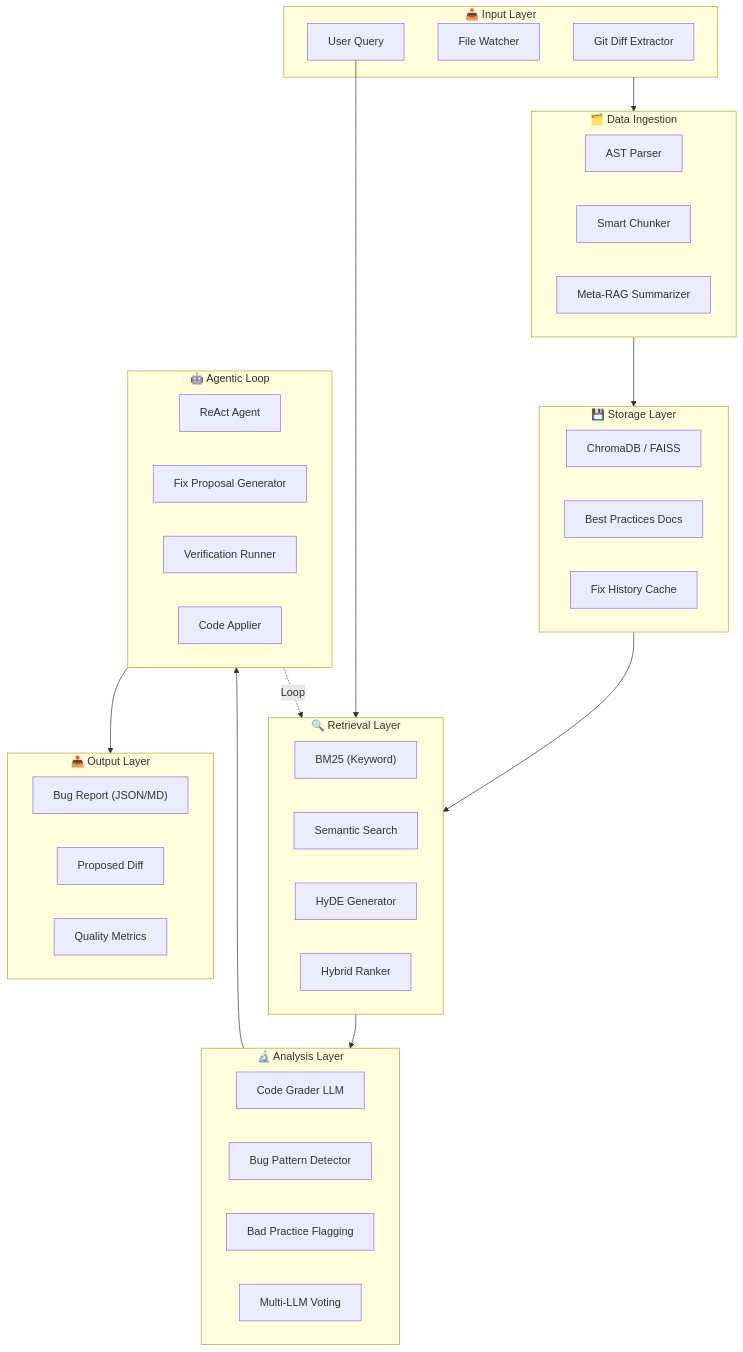
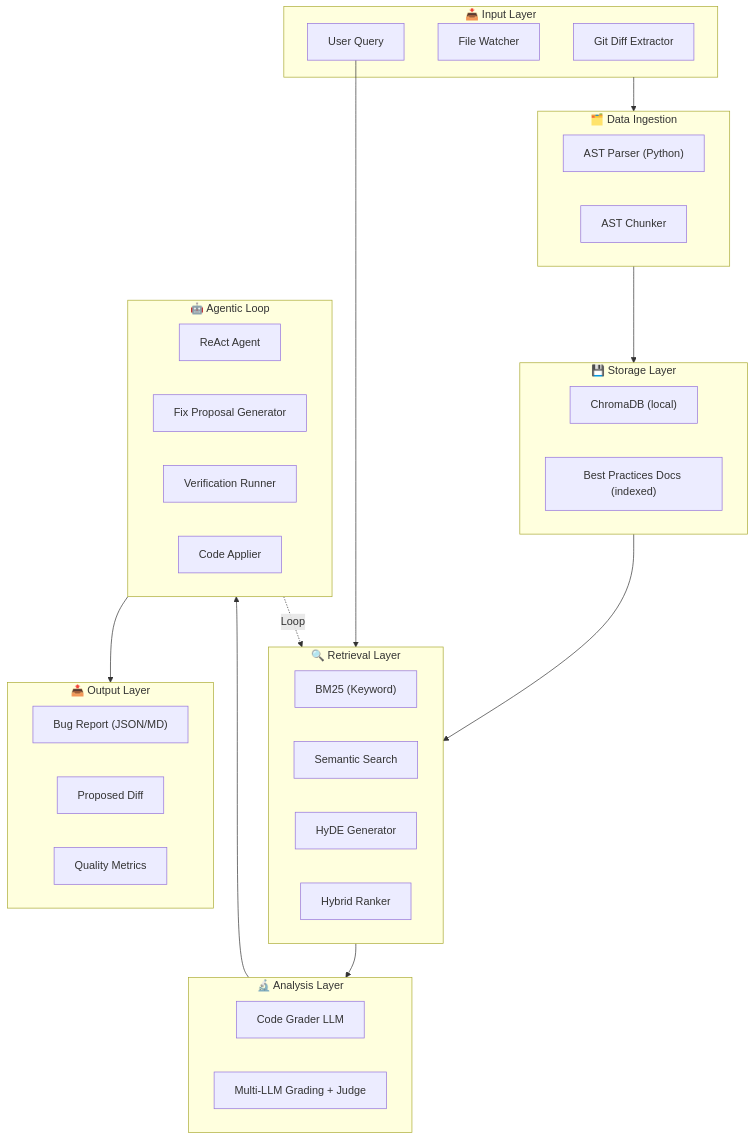
Before and after one commit to Revaz-Goguadze/LLM_Final_Project: the first of 3 diagrams in plan.md, drawn with Mermaid. The commit also changed other lines of this file and 55 other files, not shown here.

````diff
--- a/plan.md
+++ b/plan.md
@@ -16,56 +16,52 @@
 ```mermaid
 flowchart TB
     subgraph Input["📥 Input Layer"]
         Git["Git Diff Extractor"]
         Files["File Watcher"]
         User["User Query"]
     end
     
     subgraph Indexer["🗂️ Data Ingestion"]
-        AST["AST Parser"]
-        Chunker["Smart Chunker"]
-        Meta["Meta-RAG Summarizer"]
+        AST["AST Parser (Python)"]
+        Chunker["AST Chunker"]
     end
     
     subgraph Storage["💾 Storage Layer"]
-        VectorDB["ChromaDB / FAISS"]
-        DocStore["Best Practices Docs"]
-        History["Fix History Cache"]
+        VectorDB["ChromaDB (local)"]
+        DocStore["Best Practices Docs (indexed)"]
     end
     
     subgraph Retrieval["🔍 Retrieval Layer"]
         BM25["BM25 (Keyword)"]
         Semantic["Semantic Search"]
         HyDE["HyDE Generator"]
         Hybrid["Hybrid Ranker"]
     end
     
     subgraph Analysis["🔬 Analysis Layer"]
         Grader["Code Grader LLM"]
-        BugDetector["Bug Pattern Detector"]
-        Practices["Bad Practice Flagging"]
-        Multi["Multi-LLM Voting"]
+        Multi["Multi-LLM Grading + Judge"]
     end
     
     subgraph Agent["🤖 Agentic Loop"]
         ReAct["ReAct Agent"]
         Fixer["Fix Proposal Generator"]
         Verify["Verification Runner"]
         Apply["Code Applier"]
     end
     
     subgraph Output["📤 Output Layer"]
         Report["Bug Report (JSON/MD)"]
         Diff["Proposed Diff"]
         Metrics["Quality Metrics"]
     end
     
     Input --> Indexer
     Indexer --> Storage
     Storage --> Retrieval
     User --> Retrieval
     Retrieval --> Analysis
     Analysis --> Agent
     Agent --> Output
     Agent -.->|"Loop"| Retrieval
 ```
````
